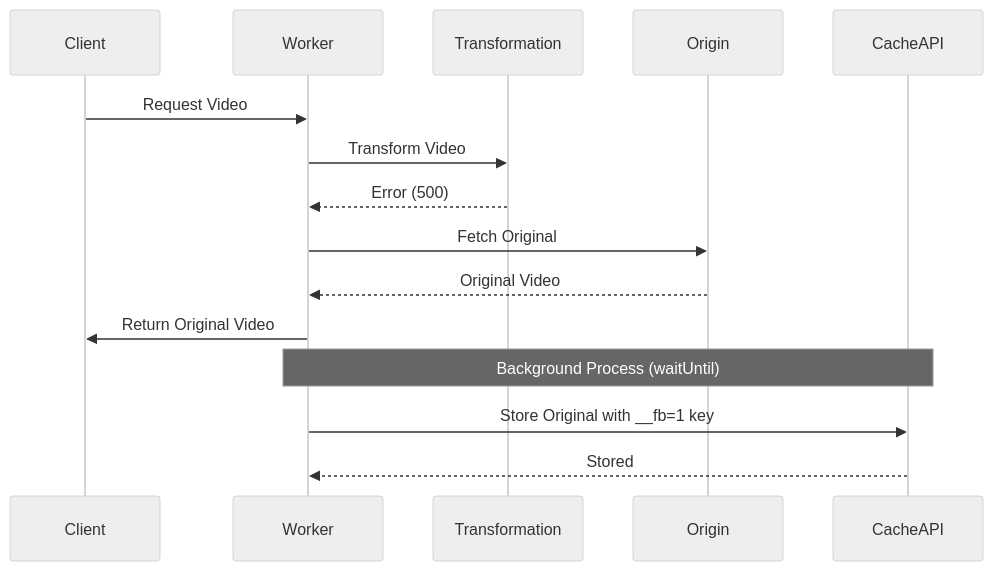
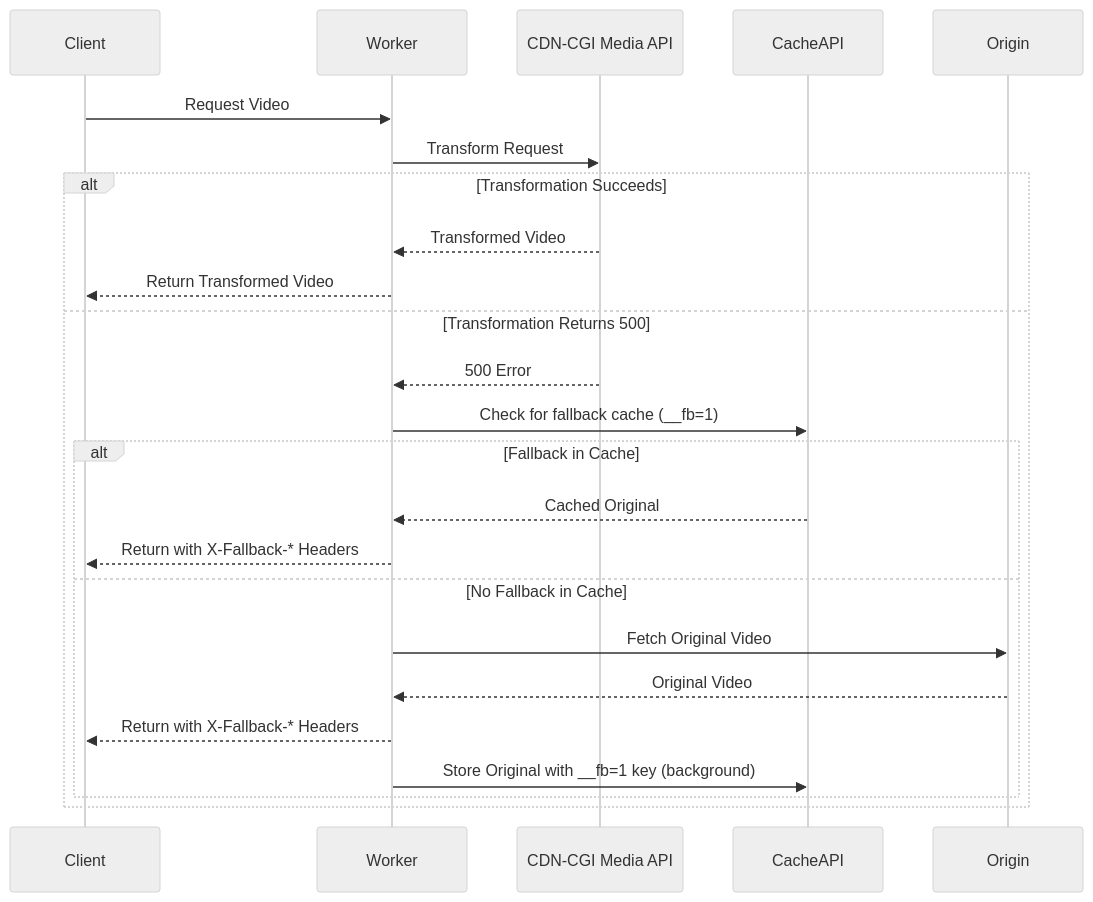
Before and after one commit to erfianugrah/video-resizer: the third of 3 diagrams in docs/error-handling/implementations/video-storage.md, drawn with Mermaid (neutral theme). The commit also changed other lines of this file, not shown here.

````diff
--- a/docs/error-handling/implementations/video-storage.md
+++ b/docs/error-handling/implementations/video-storage.md
@@ -204,18 +197,27 @@
 ```mermaid
 sequenceDiagram
     participant Client
     participant Worker
-    participant Transformation
+    participant CDN_CGI as CDN-CGI Media API
+    participant CacheAPI
     participant Origin
-    participant CacheAPI
     
     Client->>Worker: Request Video
-    Worker->>Transformation: Transform Video
-    Transformation-->>Worker: Error (500)
-    Worker->>Origin: Fetch Original
-    Origin-->>Worker: Original Video
-    Worker->>Client: Return Original Video
-    Note over Worker,CacheAPI: Background Process (waitUntil)
-    Worker->>CacheAPI: Store Original with __fb=1 key
-    CacheAPI-->>Worker: Stored
+    Worker->>CDN_CGI: Transform Request
+    alt Transformation Succeeds
+        CDN_CGI-->>Worker: Transformed Video
+        Worker-->>Client: Return Transformed Video
+    else Transformation Returns 500
+        CDN_CGI-->>Worker: 500 Error
+        Worker->>CacheAPI: Check for fallback cache (__fb=1)
+        alt Fallback in Cache
+            CacheAPI-->>Worker: Cached Original
+            Worker-->>Client: Return with X-Fallback-* Headers
+        else No Fallback in Cache
+            Worker->>Origin: Fetch Original Video
+            Origin-->>Worker: Original Video
+            Worker-->>Client: Return with X-Fallback-* Headers
+            Worker->>CacheAPI: Store Original with __fb=1 key (background)
+        end
+    end
 ```
````
